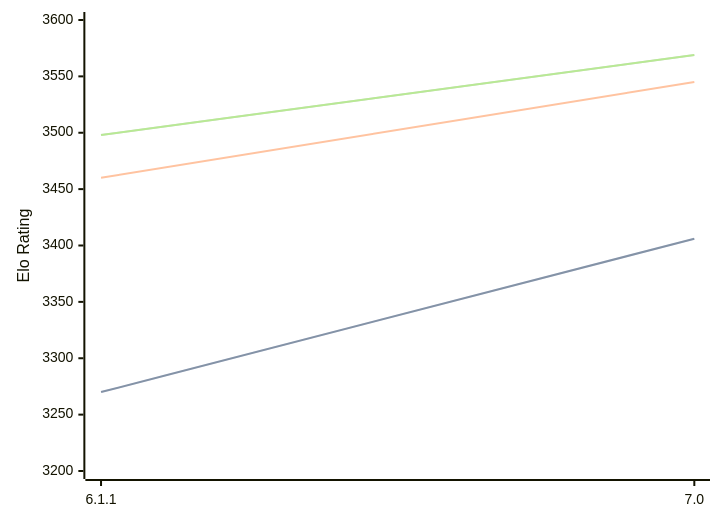
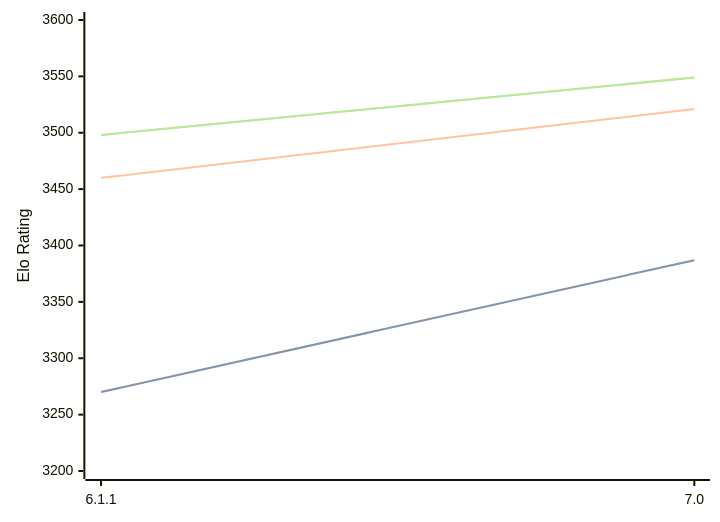
One commit to computer-chess-index/cci changed the first of 3 diagrams in engines/Astra.md. Above: the diagram before and after it, drawn with Mermaid. The commit also changed other lines of this file, not shown here.

Commit message:
Update CCI Ratings (ELO VLTC) - 2026-06-26

````diff
--- a/engines/Astra.md
+++ b/engines/Astra.md
@@ -44,11 +44,11 @@
 ```mermaid
 %%{init: {"theme":"base","themeVariables":{"seriesColors:['#a3a3a3','#222221','#faa371']}}}%%
 xychart-beta
   x-axis ["6.1.1", "7.0"]
   y-axis "Elo Rating" 3200 --> 3600
-  line "STC (8.0+0.08s)" [3270, 3406]
-  line "STC (8.0+0.08s)" [3270, 3406]
-  line "LTC (60.0+0.60s)" [3460, 3545]
-  line "VLTC (2m24s+1.12s)" [3498, 3569]
-  line "VLTC (2m24s+1.12s)" [3498, 3569]
+  line "STC (8.0+0.08s)" [3270, 3387]
+  line "STC (8.0+0.08s)" [3270, 3387]
+  line "LTC (60.0+0.60s)" [3460, 3521]
+  line "VLTC (2m24s+1.12s)" [3498, 3549]
+  line "VLTC (2m24s+1.12s)" [3498, 3549]
 ```
````
